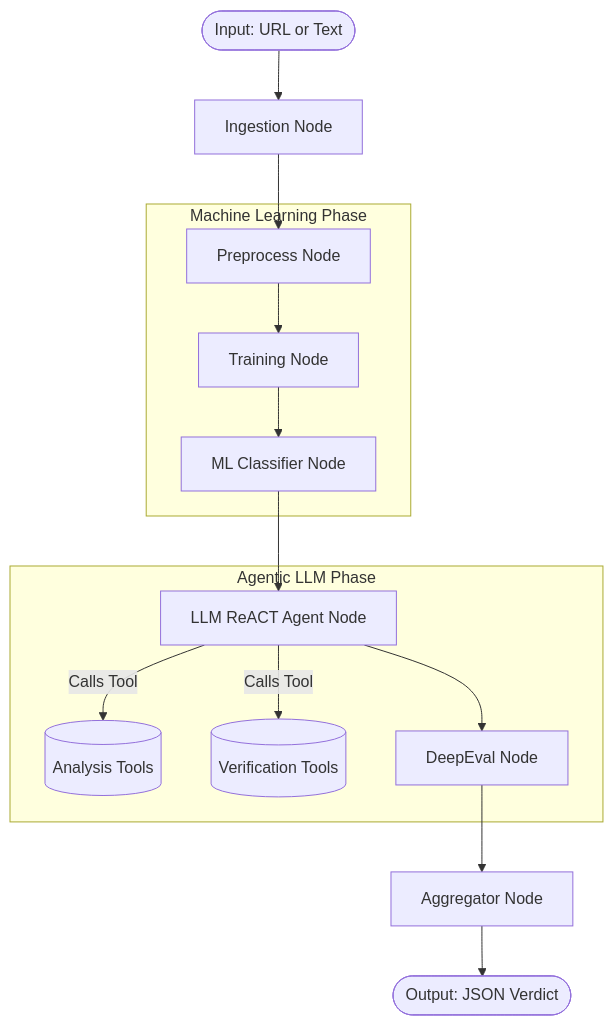
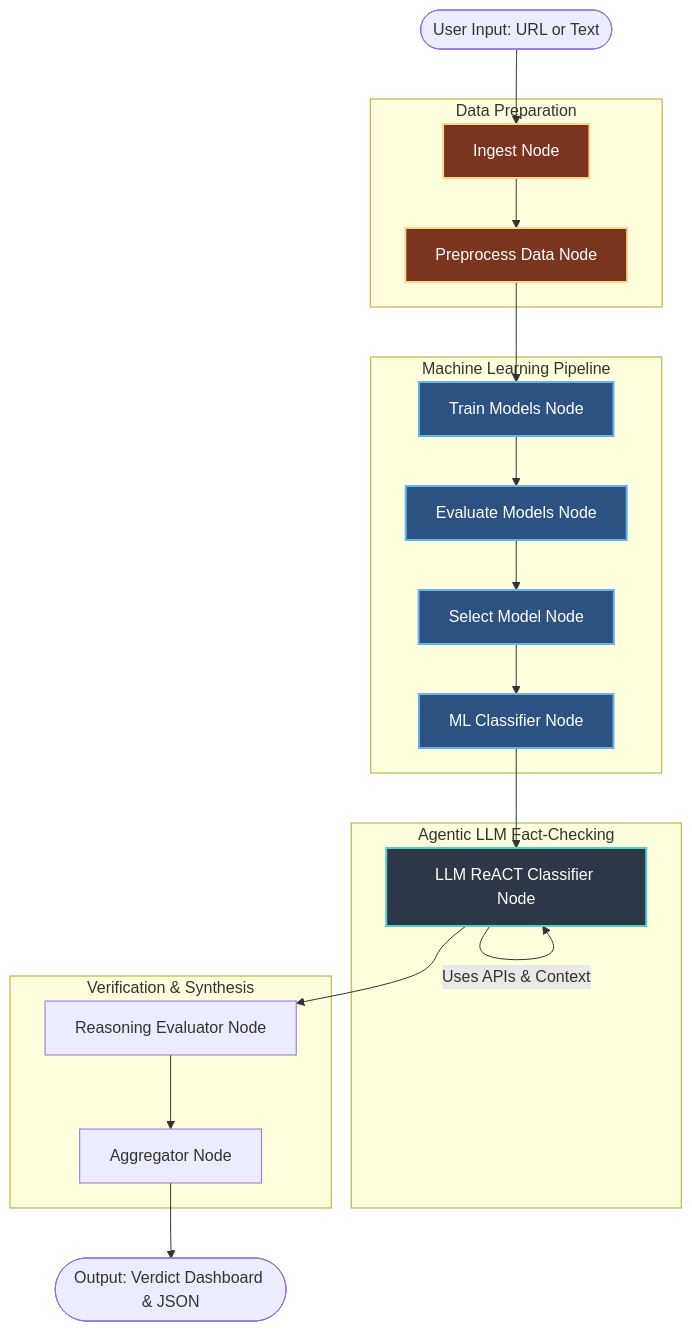
The diagram in README.md (SmridhVarma/Fake-News-Detection-Agent), drawn with Mermaid before and after one commit. The commit also changed other lines of this file and 4 other files, not shown here.

Commit message:
feat: integrate model performance dashboard, v2 joblib artifacts, and update architectural README

````diff
--- a/README.md
+++ b/README.md
@@ -9,20 +13,41 @@
 ```mermaid
 graph TD;
-    START([Input: URL or Text]) --> Ingest[Ingestion Node]
-    Ingest --> Preprocess[Preprocess Node]
+    %% Core Inputs
+    START([User Input: URL or Text]) --> Ingest[Ingest Node]
     
-    subgraph Machine Learning Phase
-        Preprocess --> Train[Training Node]
-        Train --> MLClassify[ML Classifier Node]
+    %% Ingestion & Preprocessing
+    subgraph Data Preparation
+        Ingest --> Preprocess[Preprocess Data Node]
     end
     
-    subgraph Agentic LLM Phase
-        MLClassify --> LLMClassify[LLM ReACT Agent Node]
-        LLMClassify -- "Calls Tool" --> AnalysisTools[(Analysis Tools)]
-        LLMClassify -- "Calls Tool" --> VerificationTools[(Verification Tools)]
-        LLMClassify --> Eval[DeepEval Node]
+    %% ML Training Workflow
+    subgraph Machine Learning Pipeline
+        Preprocess --> Train[Train Models Node]
+        Train --> EvalModels[Evaluate Models Node]
+        EvalModels --> SelectModel[Select Model Node]
+        SelectModel --> MLClassify[ML Classifier Node]
     end
     
-    Eval --> Aggregator[Aggregator Node]
-    Aggregator --> END([Output: JSON Verdict])
+    %% Agentic Fact Checking
+    subgraph Agentic LLM Fact-Checking
+        MLClassify --> LLMClassify[LLM ReACT Classifier Node]
+        LLMClassify -- "Uses APIs & Context" --> LLMClassify
+    end
+    
+    %% Verification & Output
+    subgraph Verification & Synthesis
+        LLMClassify --> ReasoningEval[Reasoning Evaluator Node]
+        ReasoningEval --> Aggregate[Aggregator Node]
+    end
+    
+    Aggregate --> END([Output: Verdict Dashboard & JSON])
+
+    %% Styling
+    classDef llmNode fill:#2d3748,stroke:#4fd1c5,stroke-width:2px,color:#fff;
+    classDef mlNode fill:#2c5282,stroke:#63b3ed,stroke-width:2px,color:#fff;
+    classDef utilNode fill:#7b341e,stroke:#fbd38d,stroke-width:2px,color:#fff;
+    
+    class LLMClassify llmNode;
+    class Train,EvalModels,SelectModel,MLClassify mlNode;
+    class Ingest,Preprocess utilNode;
 ```
````
